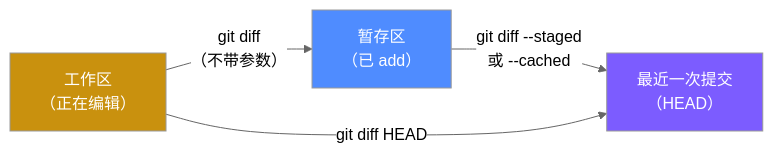
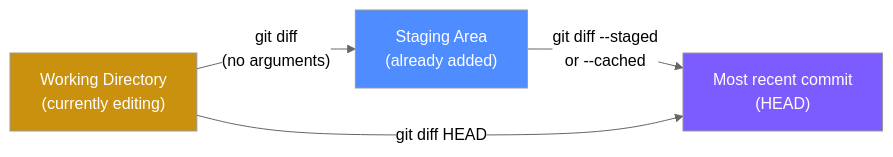
One commit to kelvinlee97/engineering changed the first of 2 diagrams in Git/diff/README.md. Above: the diagram before and after it, drawn with Mermaid (neutral theme). The commit also changed other lines of this file and 16 other files, not shown here.

First line of the commit message:
fix: conform Git tutorial to bilingual + Mermaid accessibility contract

````diff
--- a/Git/diff/README.md
+++ b/Git/diff/README.md
@@ -9,14 +11,16 @@
 ```mermaid
 flowchart LR
-    WD["工作区<br/>（正在编辑）"]
-    SA["暂存区<br/>（已 add）"]
-    REPO["最近一次提交<br/>（HEAD）"]
+    accTitle: The three common comparison ranges for git diff
+    accDescr: Plain git diff with no arguments compares the working tree against the staging area. git diff --staged or --cached compares the staging area against the most recent commit. git diff HEAD compares the working tree directly against the most recent commit, skipping the staging area entirely.
+    WD["Working Directory<br/>(currently editing)"]
+    SA["Staging Area<br/>(already added)"]
+    REPO["Most recent commit<br/>(HEAD)"]
 
-    WD -- "git diff<br/>（不带参数）" --> SA
-    SA -- "git diff --staged<br/>或 --cached" --> REPO
+    WD -- "git diff<br/>(no arguments)" --> SA
+    SA -- "git diff --staged<br/>or --cached" --> REPO
     WD -- "git diff HEAD" --> REPO
 
     style WD fill:#c9910e,color:#fff
     style SA fill:#4f8cff,color:#fff
     style REPO fill:#7c5cff,color:#fff
 ```
````
